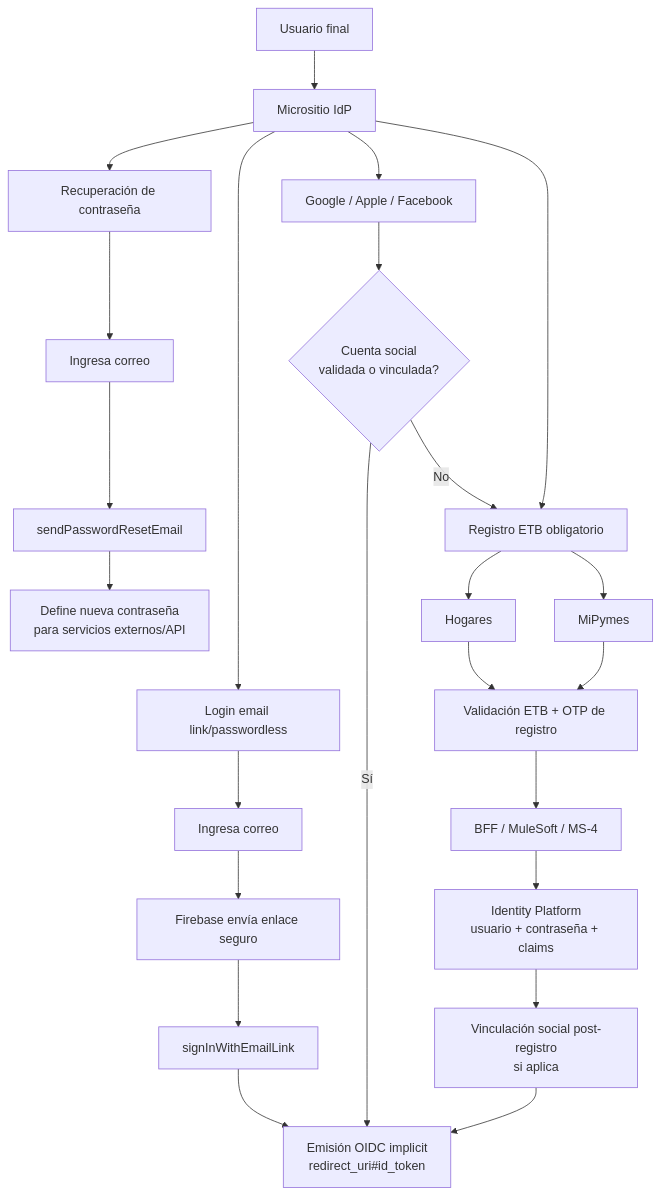
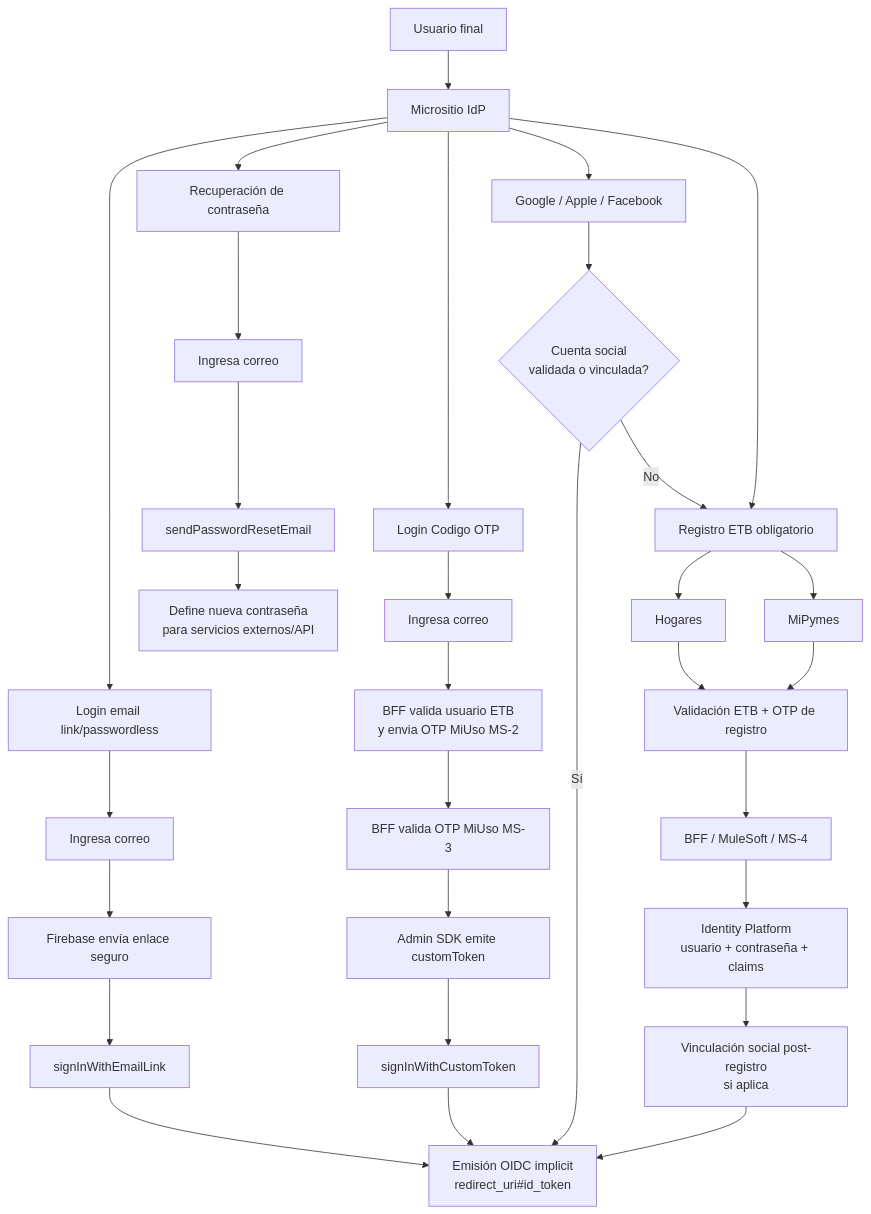
Before and after one commit to caguanet/Acelerador-para-Cliente-OIDC-GCP-Idp: the second of 8 diagrams in docs/architecture/TECH_README.md, drawn with Mermaid. The commit also changed other lines of this file and 41 other files, not shown here.

Commit message:
feat: add email OTP login rollout

````diff
--- a/docs/architecture/TECH_README.md
+++ b/docs/architecture/TECH_README.md
@@ -66,30 +74,38 @@
 ```mermaid
 flowchart TD
     U["Usuario final"] --> IDP["Micrositio IdP"]
 
     IDP --> EL["Login email link/passwordless"]
     EL --> EL1["Ingresa correo"]
     EL1 --> EL2["Firebase envía enlace seguro"]
     EL2 --> EL3["signInWithEmailLink"]
     EL3 --> OIDC["Emisión OIDC implicit<br/>redirect_uri#id_token"]
+
+    IDP --> OTPLOGIN["Login Codigo OTP"]
+    OTPLOGIN --> OTP1["Ingresa correo"]
+    OTP1 --> OTP2["BFF valida usuario ETB<br/>y envia OTP MiUso MS-2"]
+    OTP2 --> OTP3["BFF valida OTP MiUso MS-3"]
+    OTP3 --> OTP4["Admin SDK emite customToken"]
+    OTP4 --> OTP5["signInWithCustomToken"]
+    OTP5 --> OIDC
 
     IDP --> REC["Recuperación de contraseña"]
     REC --> REC1["Ingresa correo"]
     REC1 --> REC2["sendPasswordResetEmail"]
     REC2 --> REC3["Define nueva contraseña<br/>para servicios externos/API"]
 
     IDP --> SOC["Google / Apple / Facebook"]
     SOC --> SOC1{"Cuenta social<br/>validada o vinculada?"}
     SOC1 -- "Sí" --> OIDC
     SOC1 -- "No" --> REG["Registro ETB obligatorio"]
 
     IDP --> REG
     REG --> HOG["Hogares"]
     REG --> MIP["MiPymes"]
     HOG --> VAL["Validación ETB + OTP de registro"]
     MIP --> VAL
     VAL --> BFF["BFF / MuleSoft / MS-4"]
     BFF --> GCP["Identity Platform<br/>usuario + contraseña + claims"]
     GCP --> LINK["Vinculación social post-registro<br/>si aplica"]
     LINK --> OIDC
 ```
````
